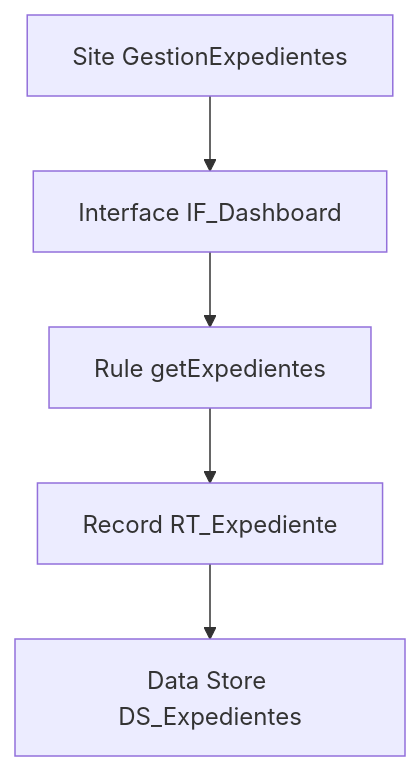
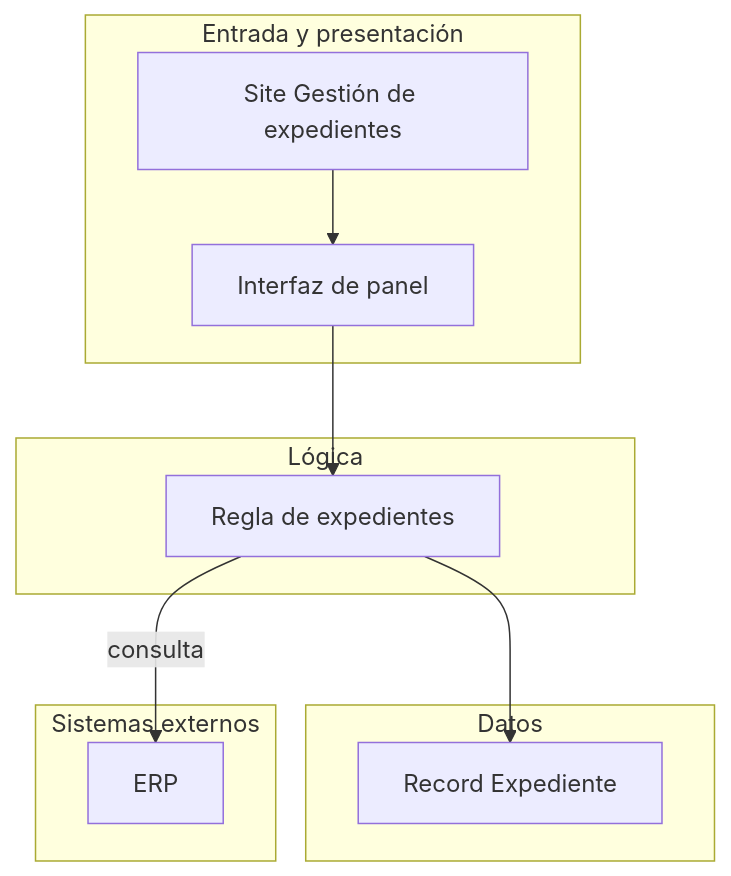
The first of 6 diagrams in skills/appian-reverse-engineering/references/mermaid-rules.md (raulogm077/Analista-Funcional-Appian), drawn with Mermaid before and after one commit. The commit also changed other lines of this file and 36 other files, not shown here.

First line of the commit message:
F4: ingeniería inversa dibuja con la skill de diagramas

````diff
--- a/skills/appian-reverse-engineering/references/mermaid-rules.md
+++ b/skills/appian-reverse-engineering/references/mermaid-rules.md
@@ -203,7 +80,20 @@
 ```mermaid
 flowchart TD
-  N1["Site GestionExpedientes"] --> N2["Interface IF_Dashboard"]
-  N2 --> N3["Rule getExpedientes"]
-  N3 --> N4["Record RT_Expediente"]
-  N4 --> N5["Data Store DS_Expedientes"]
+  subgraph C1["Entrada y presentación"]
+    N1["Site Gestión de expedientes"]
+    N2["Interfaz de panel"]
+  end
+  subgraph C2["Lógica"]
+    N3["Regla de expedientes"]
+  end
+  subgraph C3["Datos"]
+    N4["Record Expediente"]
+  end
+  subgraph C4["Sistemas externos"]
+    N5["ERP"]
+  end
+  N1 --> N2
+  N2 --> N3
+  N3 --> N4
+  N3 -->|"consulta"| N5
 ```
````
